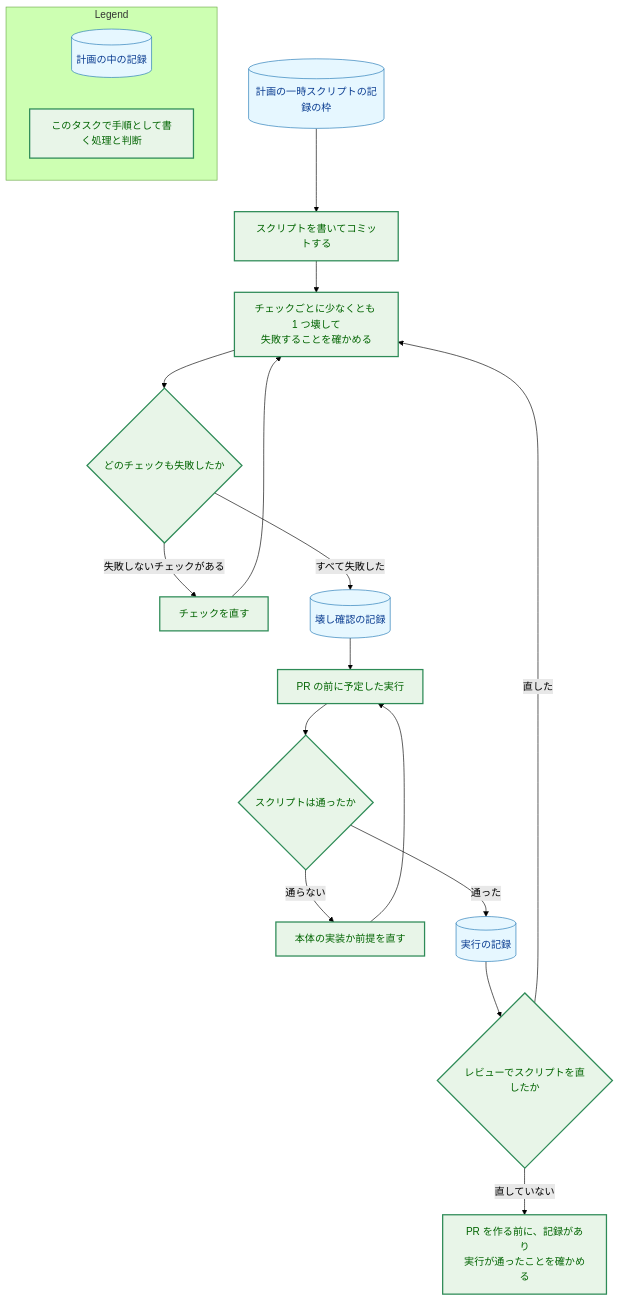
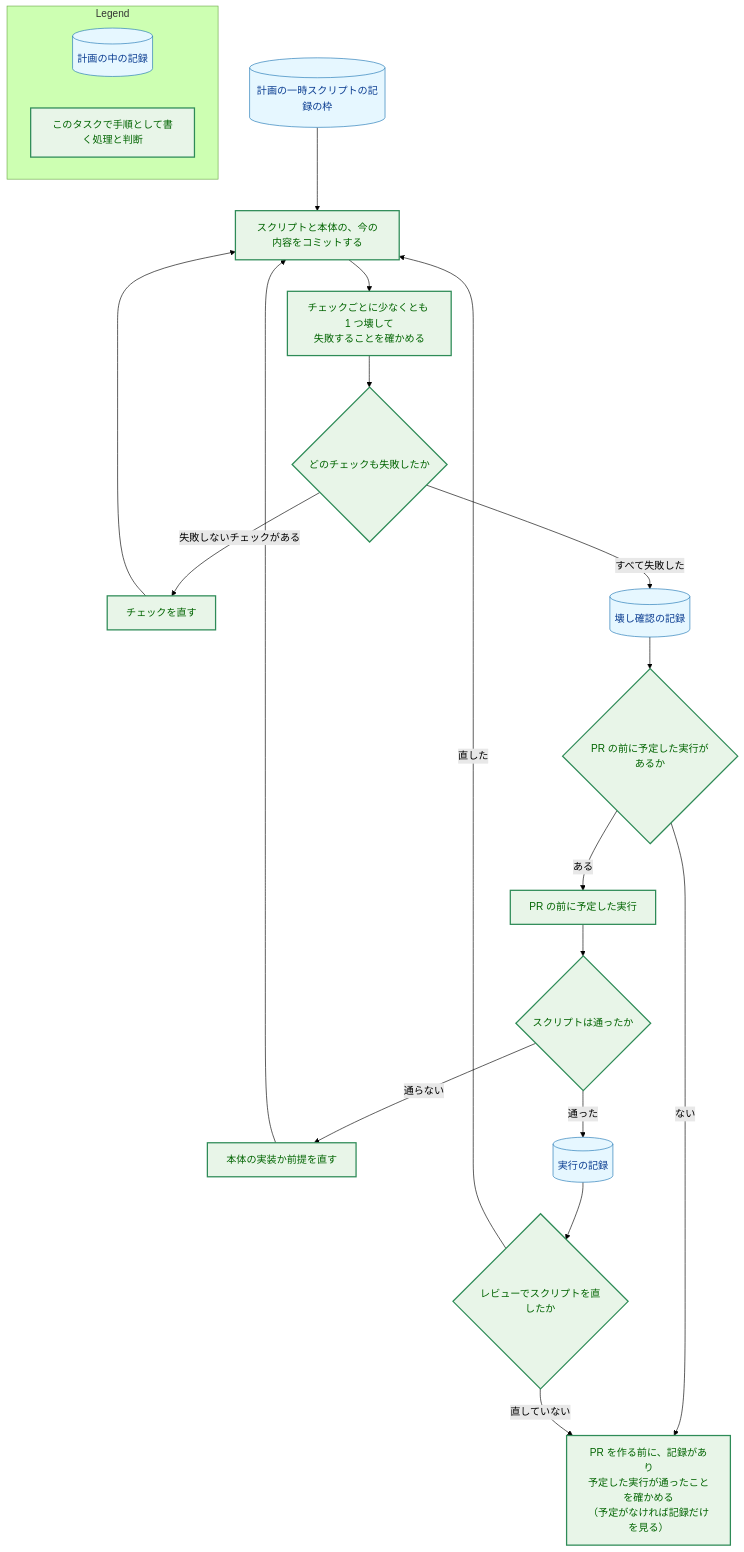
Before and after one commit to isseis/yt2column: the fourth of 5 diagrams in docs/tasks/0124_checks_proportion/02_architecture.md, drawn with Mermaid (forest theme). The commit also changed other lines of this file and 1 other file, not shown here.

Commit message:
fix: address PR #1144 review comments

````diff
--- a/docs/tasks/0124_checks_proportion/02_architecture.md
+++ b/docs/tasks/0124_checks_proportion/02_architecture.md
@@ -440,36 +441,39 @@
 ```mermaid
 flowchart TD
     classDef data fill:#e6f7ff,stroke:#1f77b4,stroke-width:1px,color:#0b3d91;
     classDef enhanced fill:#e8f5e8,stroke:#2e8b57,stroke-width:2px,color:#006400;
 
     SLOT[("計画の一時スクリプトの記録の枠")]
-    WRITE["スクリプトを書いてコミットする"]
+    WRITE["スクリプトと本体の、今の内容をコミットする"]
     BREAK["チェックごとに少なくとも 1 つ壊して<br>失敗することを確かめる"]
     FAIL{"どのチェックも失敗したか"}
     FIX["チェックを直す"]
     BREC[("壊し確認の記録")]
+    PRE{"PR の前に予定した実行があるか"}
     RUN["PR の前に予定した実行"]
     PASS{"スクリプトは通ったか"}
     IMPL["本体の実装か前提を直す"]
     RREC[("実行の記録")]
     REVIEW{"レビューでスクリプトを直したか"}
-    CHECK["PR を作る前に、記録があり<br>実行が通ったことを確かめる"]
+    CHECK["PR を作る前に、記録があり<br>予定した実行が通ったことを確かめる<br>（予定がなければ記録だけを見る）"]
 
     SLOT --> WRITE --> BREAK --> FAIL
-    FAIL -->|"失敗しないチェックがある"| FIX --> BREAK
-    FAIL -->|"すべて失敗した"| BREC --> RUN --> PASS
-    PASS -->|"通らない"| IMPL --> RUN
+    FAIL -->|"失敗しないチェックがある"| FIX --> WRITE
+    FAIL -->|"すべて失敗した"| BREC --> PRE
+    PRE -->|"ある"| RUN --> PASS
+    PRE -->|"ない"| CHECK
+    PASS -->|"通らない"| IMPL --> WRITE
     PASS -->|"通った"| RREC --> REVIEW
-    REVIEW -->|"直した"| BREAK
+    REVIEW -->|"直した"| WRITE
     REVIEW -->|"直していない"| CHECK
 
     class SLOT,BREC,RREC data
-    class WRITE,BREAK,FAIL,FIX,RUN,PASS,IMPL,REVIEW,CHECK enhanced
+    class WRITE,BREAK,FAIL,FIX,PRE,RUN,PASS,IMPL,REVIEW,CHECK enhanced
 
     subgraph Legend["Legend"]
         L1[("計画の中の記録")]
         L2["このタスクで手順として書く処理と判断"]
     end
     class L1 data
     class L2 enhanced
 ```
````
